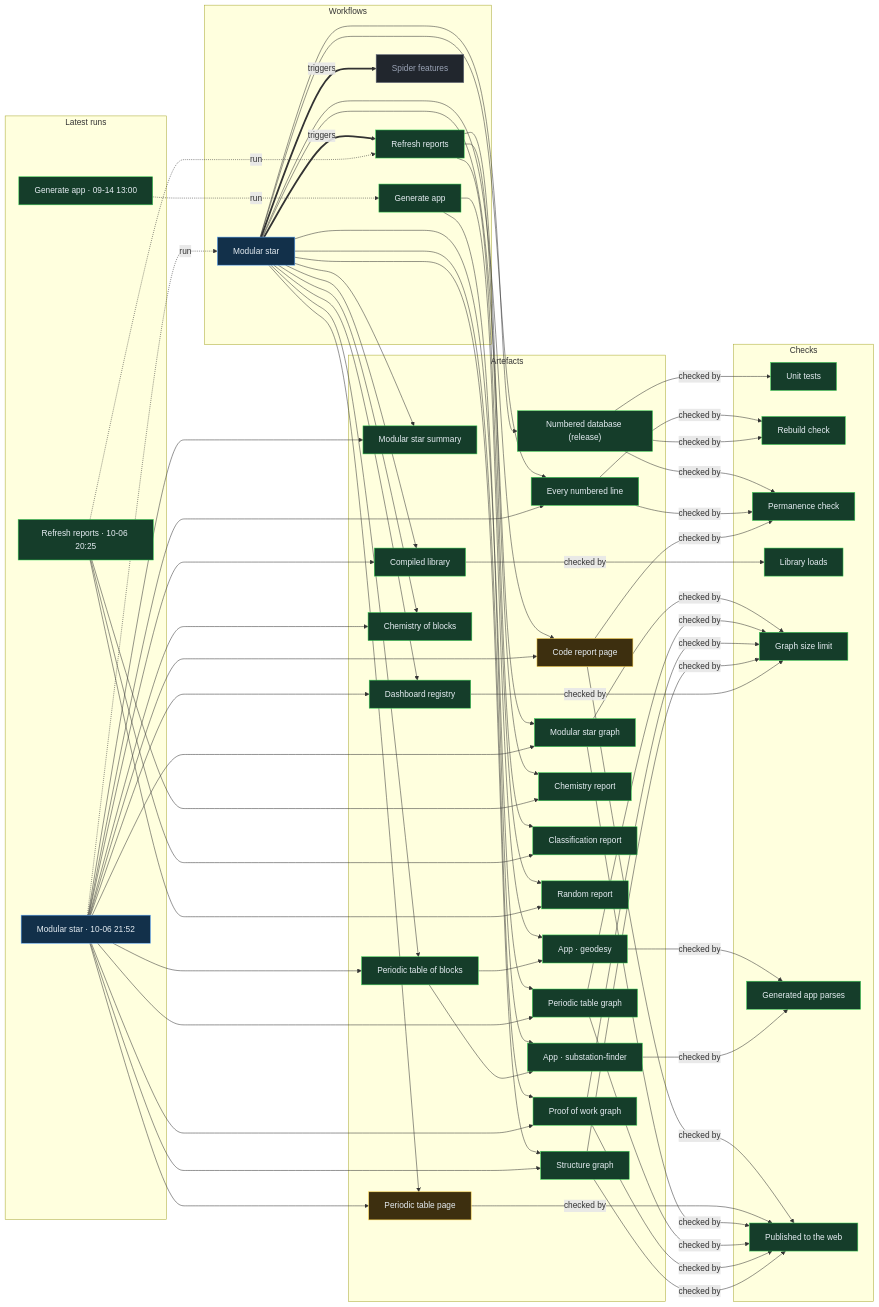
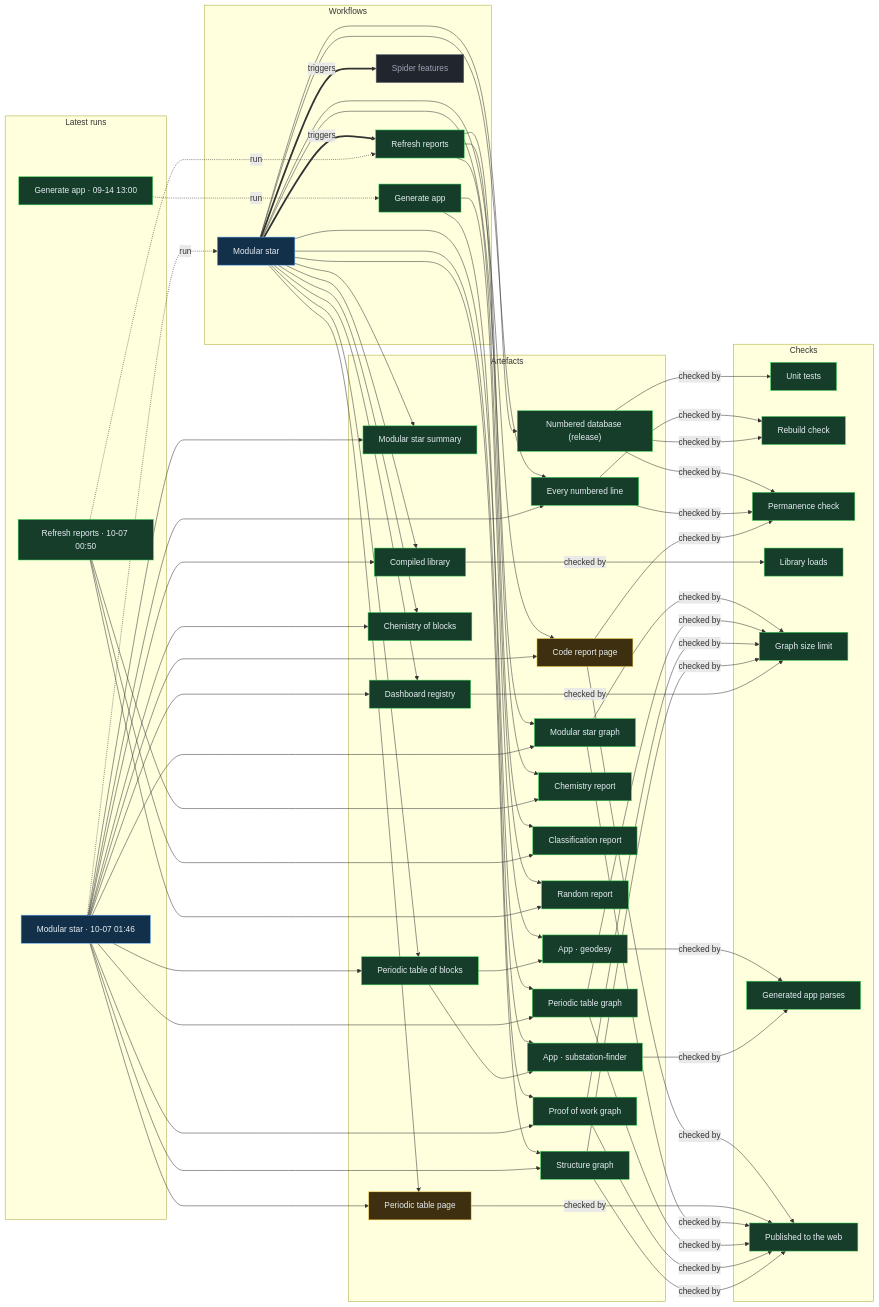
Before and after one commit to Ventusltd/stars: the diagram in proof/PROOF.md, drawn with Mermaid. The commit also changed other lines of this file and 34 other files, not shown here.

Commit message:
Modular star 2026-10-07T01:49Z

```diff
--- a/proof/PROOF.md
+++ b/proof/PROOF.md
@@ -24,8 +24,8 @@
   n_wf_spider_features["Spider features"]:::off
   end
   subgraph g_runs["Latest runs"]
-  n_run_37536880735["Modular star · 10-06 21:52"]:::live
-  n_run_37526340059["Refresh reports · 10-06 20:25"]:::ok
+  n_run_37558792047["Modular star · 10-07 01:46"]:::live
+  n_run_37554048431["Refresh reports · 10-07 00:50"]:::ok
   n_run_34846587798["Generate app · 09-14 13:00"]:::ok
   end
   subgraph g_artefacts["Artefacts"]
@@ -59,39 +59,39 @@
   end
   n_wf_modular_star == triggers ==> n_wf_refresh
   n_wf_modular_star == triggers ==> n_wf_spider_features
-  n_run_37536880735 -. run .-> n_wf_modular_star
-  n_run_37526340059 -. run .-> n_wf_refresh
+  n_run_37558792047 -. run .-> n_wf_modular_star
+  n_run_37554048431 -. run .-> n_wf_refresh
   n_run_34846587798 -. run .-> n_wf_generate
   n_wf_modular_star --> n_art_summary
-  n_run_37536880735 --> n_art_summary
+  n_run_37558792047 --> n_art_summary
   n_wf_modular_star --> n_art_lines
-  n_run_37536880735 --> n_art_lines
+  n_run_37558792047 --> n_art_lines
   n_wf_modular_star --> n_art_code
-  n_run_37536880735 --> n_art_code
+  n_run_37558792047 --> n_art_code
   n_wf_modular_star --> n_art_modular_graph
-  n_run_37536880735 --> n_art_modular_graph
+  n_run_37558792047 --> n_art_modular_graph
   n_wf_modular_star --> n_art_blocks
-  n_run_37536880735 --> n_art_blocks
+  n_run_37558792047 --> n_art_blocks
   n_wf_modular_star --> n_art_table
-  n_run_37536880735 --> n_art_table
+  n_run_37558792047 --> n_art_table
   n_wf_modular_star --> n_art_blocks_graph
-  n_run_37536880735 --> n_art_blocks_graph
+  n_run_37558792047 --> n_art_blocks_graph
   n_wf_modular_star --> n_art_reactions
-  n_run_37536880735 --> n_art_reactions
+  n_run_37558792047 --> n_art_reactions
   n_wf_modular_star --> n_art_library
-  n_run_37536880735 --> n_art_library
+  n_run_37558792047 --> n_art_library
   n_wf_modular_star --> n_art_features
-  n_run_37536880735 --> n_art_features
+  n_run_37558792047 --> n_art_features
   n_wf_modular_star --> n_art_proof
-  n_run_37536880735 --> n_art_proof
+  n_run_37558792047 --> n_art_proof
   n_wf_modular_star --> n_art_structure
-  n_run_37536880735 --> n_art_structure
+  n_run_37558792047 --> n_art_structure
   n_wf_refresh --> n_art_chemistry
-  n_run_37526340059 --> n_art_chemistry
+  n_run_37554048431 --> n_art_chemistry
   n_wf_refresh --> n_art_vedic
-  n_run_37526340059 --> n_art_vedic
+  n_run_37554048431 --> n_art_vedic
   n_wf_refresh --> n_art_random
-  n_run_37526340059 --> n_art_random
+  n_run_37554048431 --> n_art_random
   n_wf_modular_star --> n_art_release
   n_wf_generate --> n_app_geodesy
   n_art_blocks --> n_app_geodesy
```
